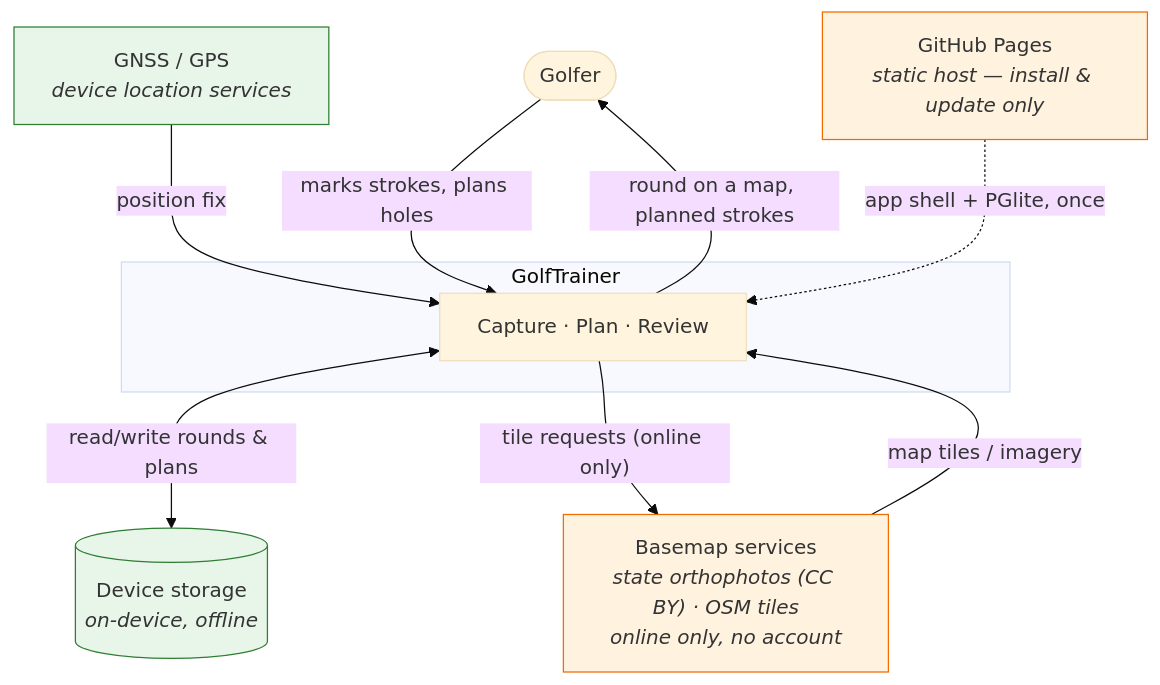
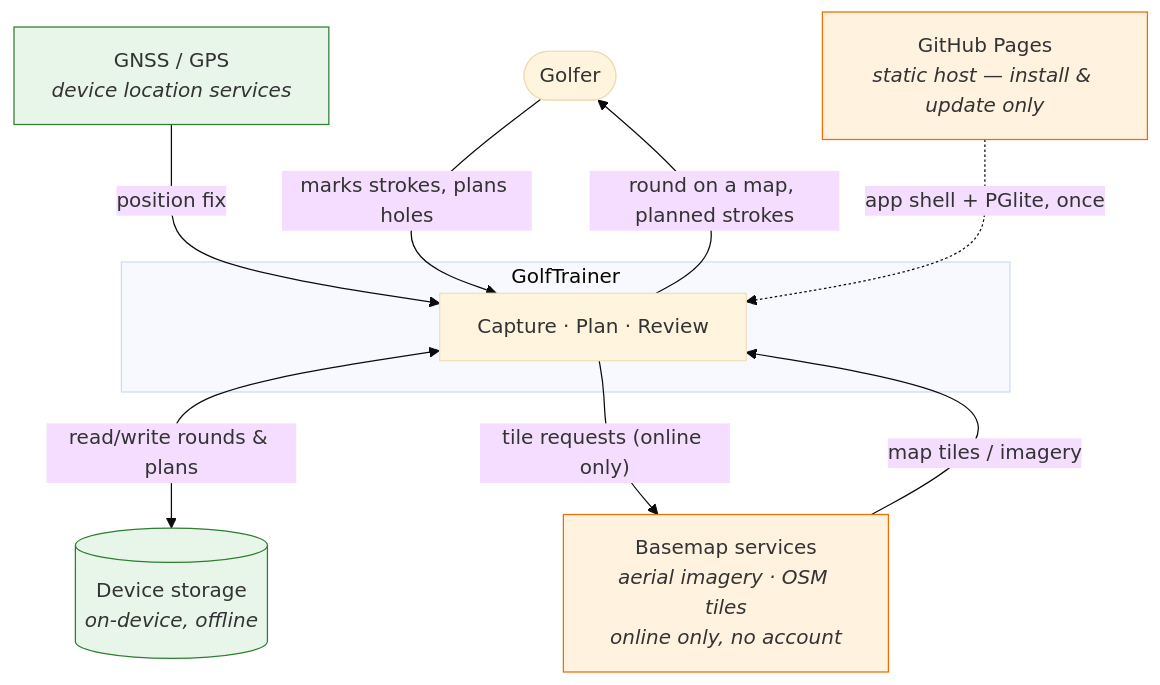
Before and after one commit to roeselert/golftrainer: the first of 2 diagrams in CLAUDE.md, drawn with Mermaid (base theme). The commit also changed other lines of this file and 14 other files, not shown here.

First line of the commit message:
Fix the map: real imagery, tees on a map, and say when tiles fail

````diff
--- a/CLAUDE.md
+++ b/CLAUDE.md
@@ -94,27 +94,27 @@
 ```mermaid
 flowchart TB
     golfer(["Golfer"])
 
     subgraph system["GolfTrainer"]
         app["Capture · Plan · Review"]
     end
 
     gnss["GNSS / GPS<br/><i>device location services</i>"]
-    tiles["Basemap services<br/><i>state orthophotos (CC BY) · OSM tiles</i><br/><i>online only, no account</i>"]
+    tiles["Basemap services<br/><i>aerial imagery · OSM tiles</i><br/><i>online only, no account</i>"]
     storage[("Device storage<br/><i>on-device, offline</i>")]
     host["GitHub Pages<br/><i>static host — install & update only</i>"]
 
     golfer -->|"marks strokes, plans holes"| app
     app -->|"round on a map, planned strokes"| golfer
 
     gnss -->|"position fix"| app
     app <-->|"read/write rounds & plans"| storage
     app -->|"tile requests (online only)"| tiles
     tiles -->|"map tiles / imagery"| app
     host -.->|"app shell + PGlite, once"| app
 
     classDef offline fill:#e8f5e9,stroke:#2e7d32
     classDef online fill:#fff3e0,stroke:#ef6c00
     class gnss,storage offline
     class tiles,host online
 ```
````
